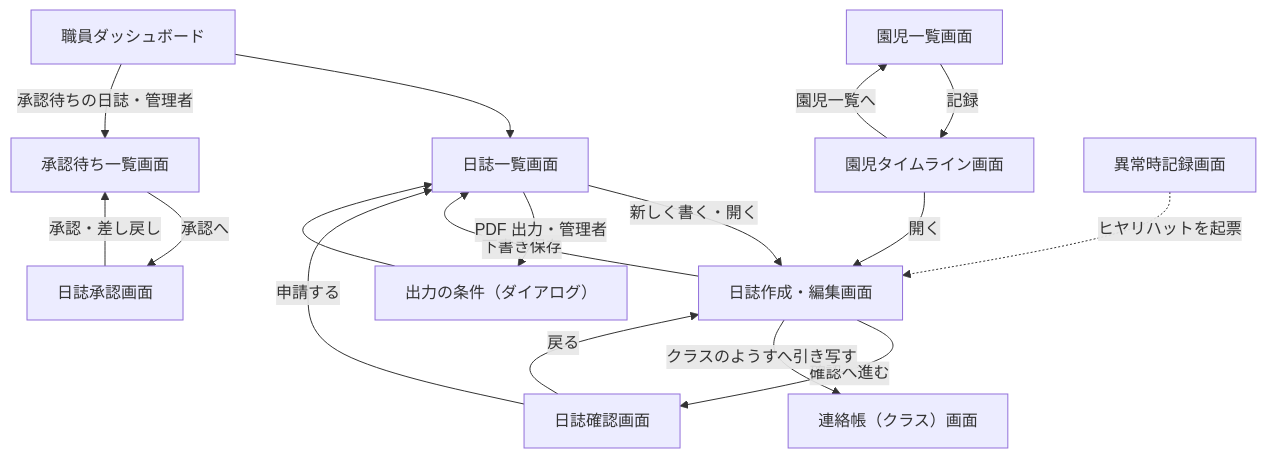
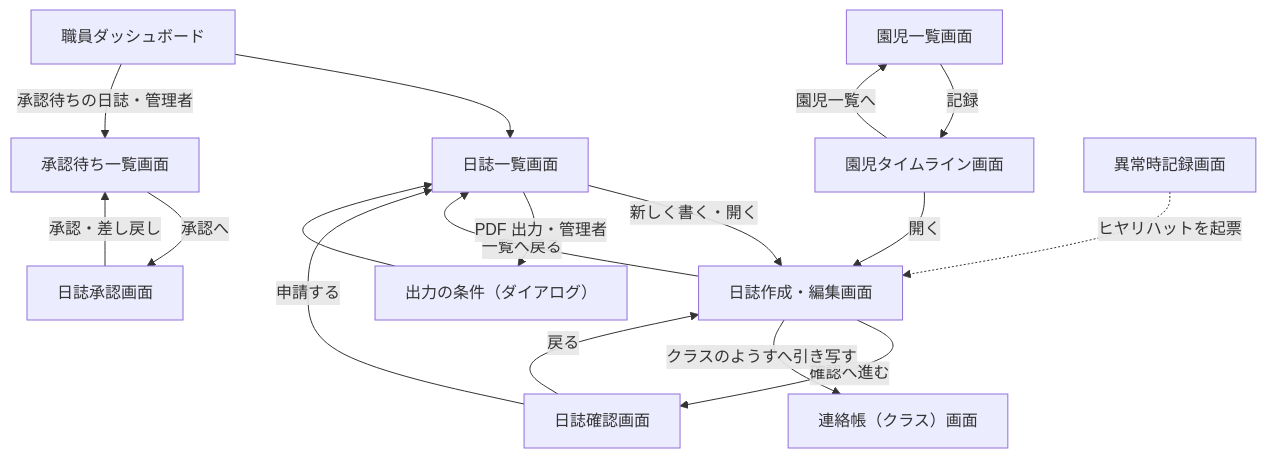
The fourth of 9 diagrams in 図/画面遷移図.md (issei0423/sukusuku_system), drawn with Mermaid before and after one commit. The commit also changed other lines of this file, not shown here.

First line of the commit message:
画面遷移図から画面の数を外し（数は基本設計書「画面の一覧」と画面ID対応表だけが持つ）、日誌作成・編集画面の下書き保存のあとは同じ画面に留まると画面詳細図に合わせた

````diff
--- a/図/画面遷移図.md
+++ b/図/画面遷移図.md
@@ -234,19 +234,19 @@
 ```mermaid
 flowchart TD
     SD["職員ダッシュボード"] --> DL["日誌一覧画面"]
     DL -->|新しく書く・開く| DE["日誌作成・編集画面"]
-    DE -->|下書き保存| DL
+    DE -->|一覧へ戻る| DL
     DE -->|確認へ進む| DC["日誌確認画面"]
     DC -->|戻る| DE
     DC -->|申請する| DL
     DL -->|PDF 出力・管理者| PDF["出力の条件（ダイアログ）"]
     PDF --> DL
     CL["園児一覧画面"] -->|記録| DT["園児タイムライン画面"]
     DT -->|開く| DE
     DT -->|園児一覧へ| CL
     SD -->|承認待ちの日誌・管理者| AL["承認待ち一覧画面"]
     AL -->|承認へ| AP["日誌承認画面"]
     AP -->|承認・差し戻し| AL
     DE -->|クラスのようすへ引き写す| CC["連絡帳（クラス）画面"]
     NA["異常時記録画面"] -.->|ヒヤリハットを起票| DE
 ```
````
